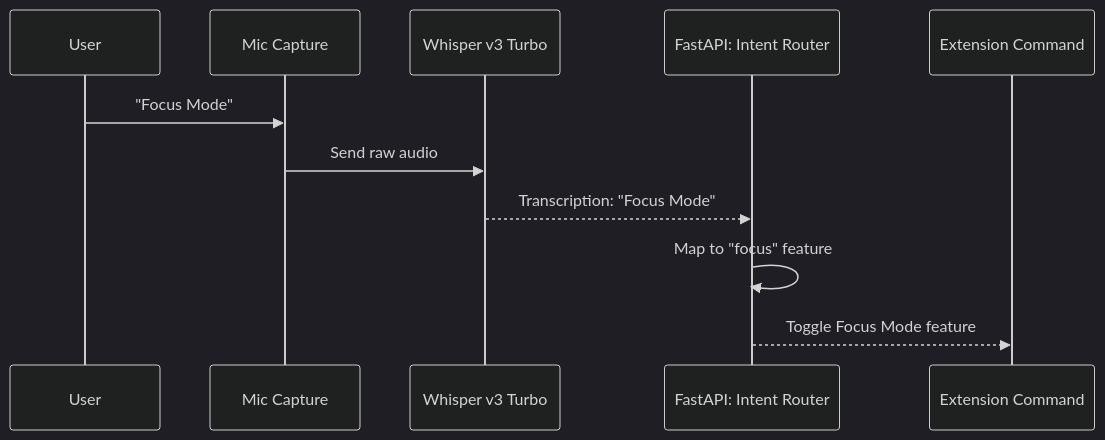
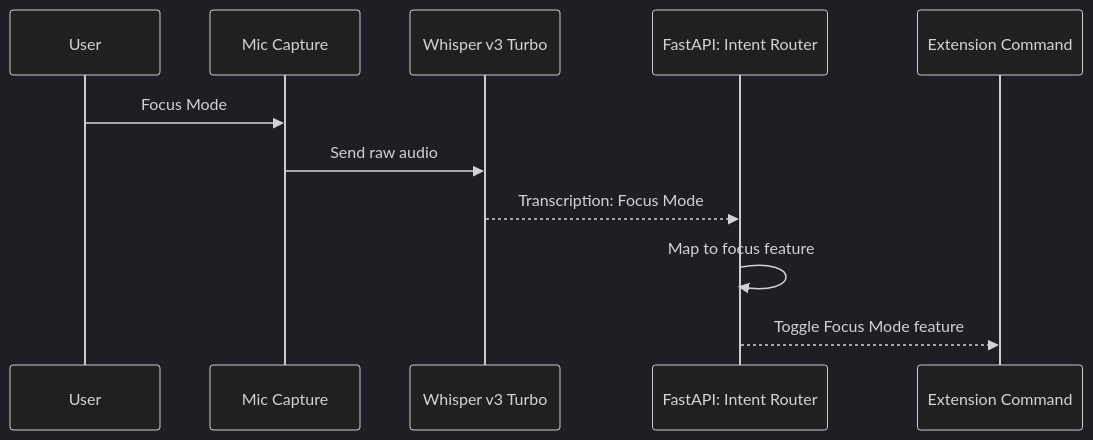
Before and after one commit to Insha-7/NeuroRead: the sixth of 8 diagrams in README.md, drawn with Mermaid (dark theme). The commit also changed other lines of this file, not shown here.

````diff
--- a/README.md
+++ b/README.md
@@ -106,14 +106,14 @@
 ```mermaid
 sequenceDiagram
     participant User
     participant Mic as Mic Capture
     participant W as Whisper v3 Turbo
     participant R as FastAPI: Intent Router
     participant E as Extension Command
 
-    User->>Mic: "Focus Mode"
+    User->>Mic: Focus Mode
     Mic->>W: Send raw audio
-    W-->>R: Transcription: "Focus Mode"
-    R->>R: Map to "focus" feature
+    W-->>R: Transcription: Focus Mode
+    R->>R: Map to focus feature
     R-->>E: Toggle Focus Mode feature
 ```
````
